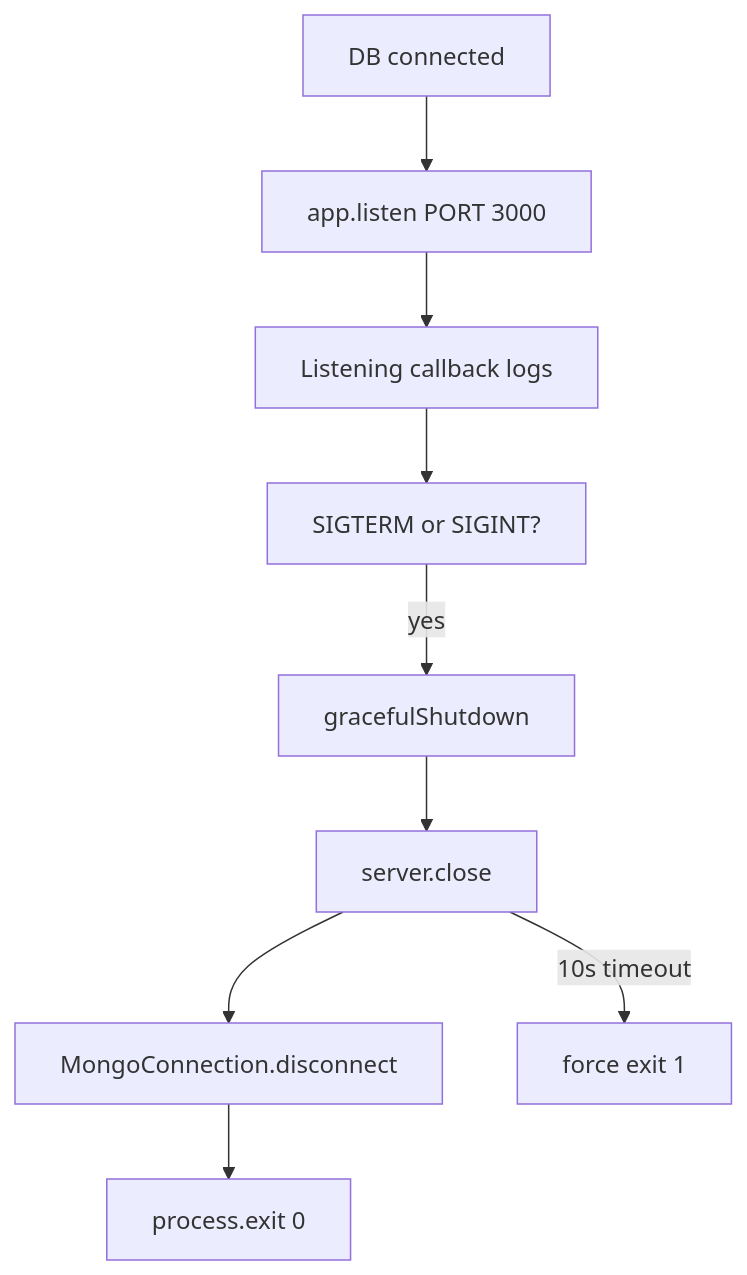
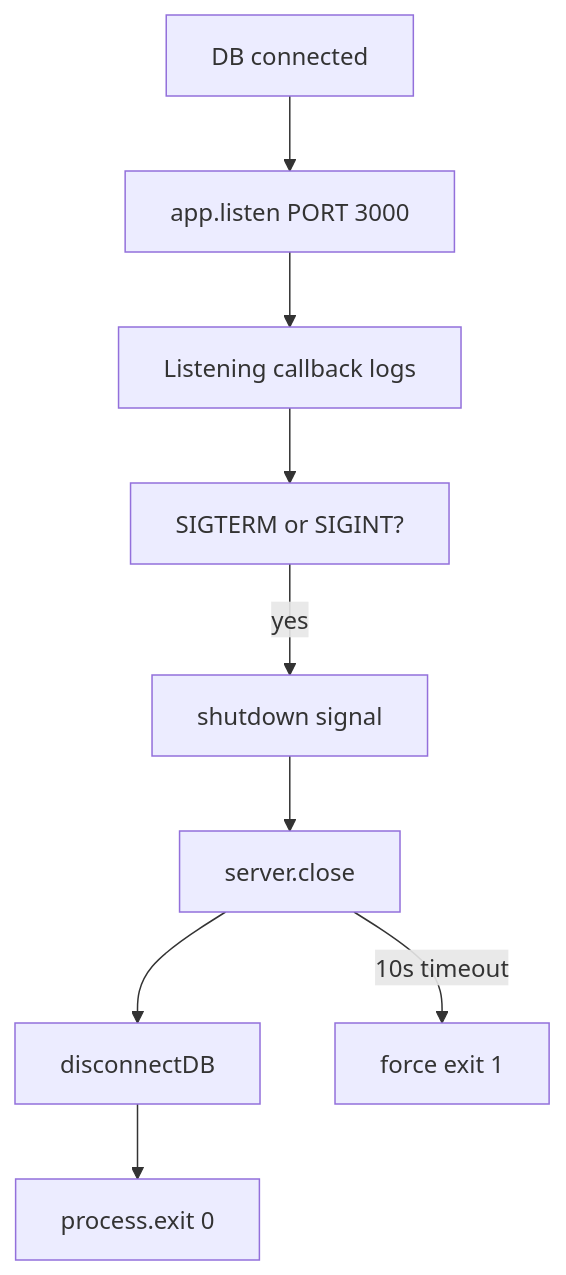
The fifth of 6 diagrams in docs/00-project-startup-flow.md (cloudtecki/the-woven-kitchen-api), drawn with Mermaid before and after one commit. The commit also changed other lines of this file and 214 other files, not shown here.

````diff
--- a/docs/00-project-startup-flow.md
+++ b/docs/00-project-startup-flow.md
@@ -217,11 +173,11 @@
 ```mermaid
 flowchart TD
     A[DB connected] --> B[app.listen PORT 3000]
     B --> C[Listening callback logs]
     C --> D[SIGTERM or SIGINT?]
-    D -->|yes| E[gracefulShutdown]
+    D -->|yes| E[shutdown signal]
     E --> F[server.close]
-    F --> G[MongoConnection.disconnect]
+    F --> G[disconnectDB]
     G --> H[process.exit 0]
     F -->|10s timeout| I[force exit 1]
 ```
````
